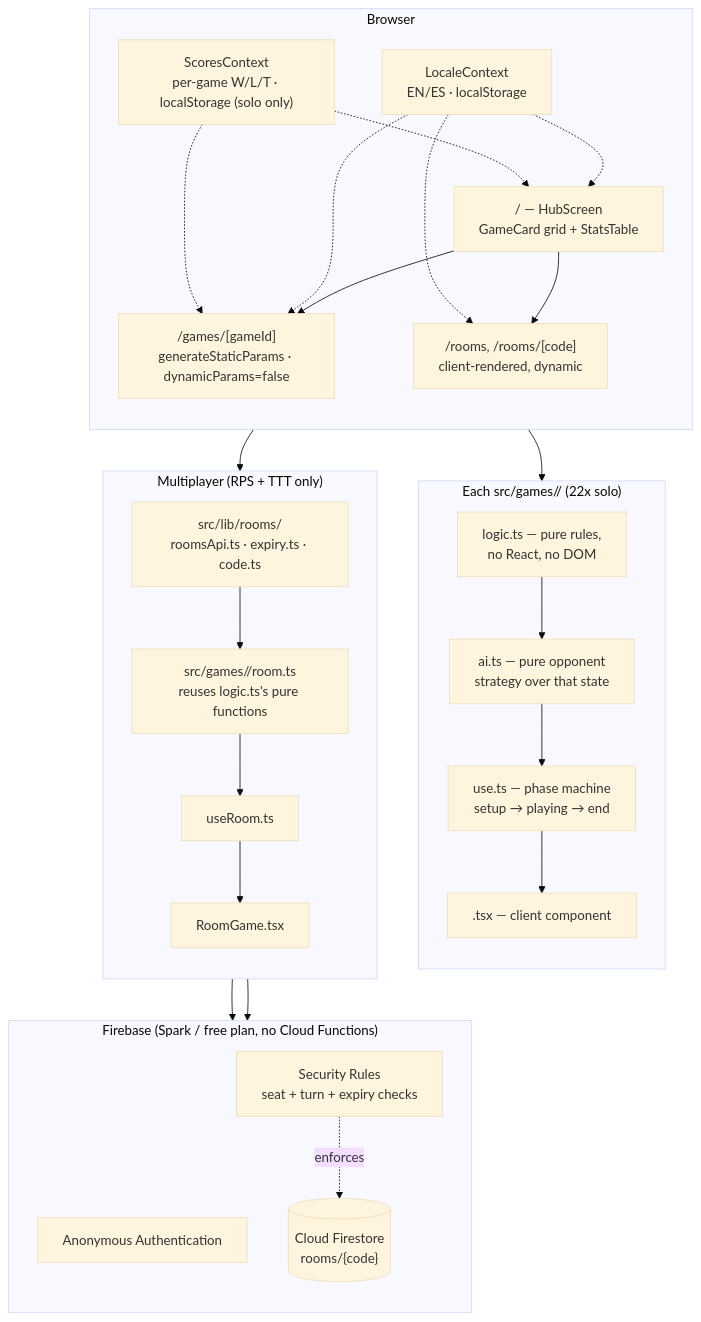
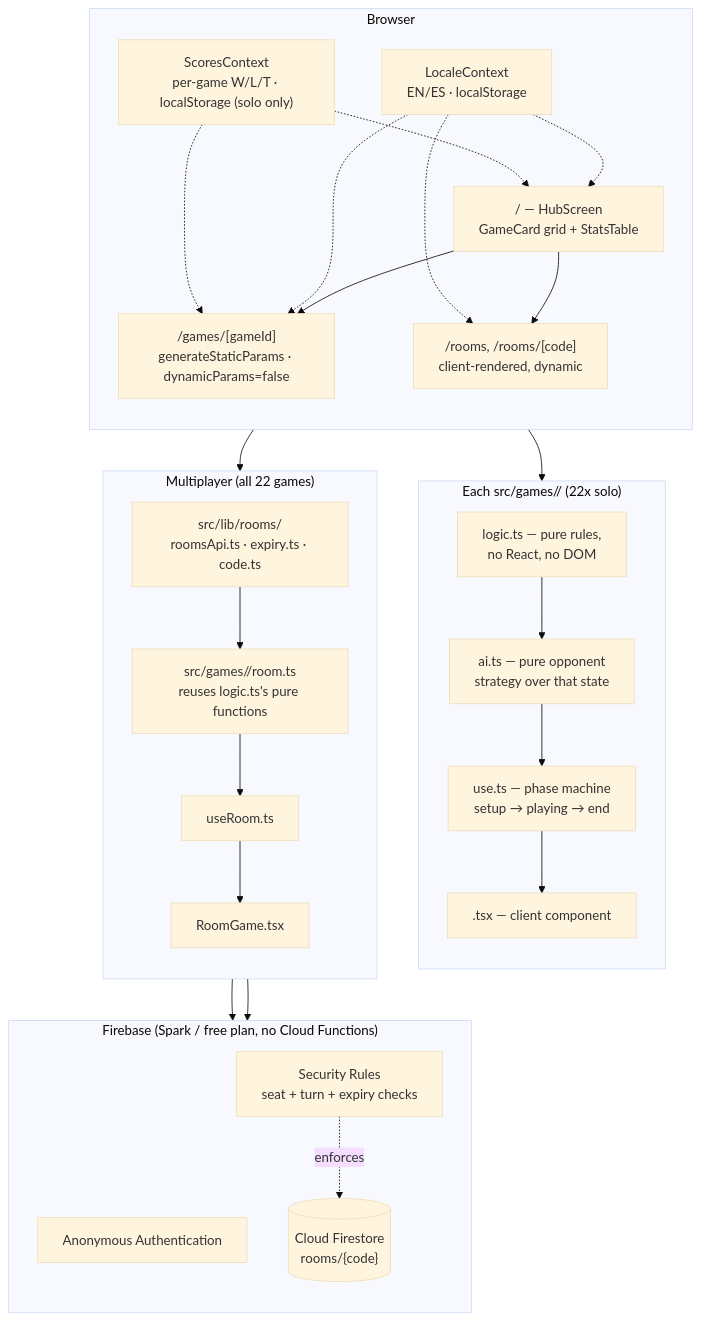
Before and after one commit to JoanOliver04/minigame-hub: the diagram in README.md, drawn with Mermaid (base theme). The commit also changed other lines of this file and 1 other file, not shown here.

Commit message:
docs: README + badges — all 22 games now multiplayer

````diff
--- a/README.md
+++ b/README.md
@@ -137,50 +147,50 @@
 ```mermaid
 flowchart TB
     subgraph Browser
         direction TB
         Hub["/  — HubScreen<br/>GameCard grid + StatsTable"]
         Game["/games/[gameId]<br/>generateStaticParams · dynamicParams=false"]
         Rooms["/rooms, /rooms/[code]<br/>client-rendered, dynamic"]
         LC["LocaleContext<br/>EN/ES · localStorage"]
         SC["ScoresContext<br/>per-game W/L/T · localStorage (solo only)"]
         Hub --> Game
         Hub --> Rooms
         LC -.-> Hub
         LC -.-> Game
         LC -.-> Rooms
         SC -.-> Hub
         SC -.-> Game
     end
 
     subgraph PerGame["Each src/games/<id>/ (22x solo)"]
         direction TB
         Logic["logic.ts — pure rules,<br/>no React, no DOM"]
         AI["ai.ts — pure opponent<br/>strategy over that state"]
         Hook["use<Name>.ts — phase machine<br/>setup → playing → end"]
         View["<Name>.tsx — client component"]
         Logic --> AI --> Hook --> View
     end
 
-    subgraph RoomLayer["Multiplayer (RPS + TTT only)"]
+    subgraph RoomLayer["Multiplayer (all 22 games)"]
         direction TB
         RoomLib["src/lib/rooms/<br/>roomsApi.ts · expiry.ts · code.ts"]
         RoomGame["src/games/<id>/room.ts<br/>reuses logic.ts's pure functions"]
         RoomHook["use<Name>Room.ts"]
         RoomView["<Name>RoomGame.tsx"]
         RoomLib --> RoomGame --> RoomHook --> RoomView
     end
 
     Game --> PerGame
     Rooms --> RoomLayer
 
     subgraph Firebase["Firebase (Spark / free plan, no Cloud Functions)"]
         direction TB
         Auth["Anonymous Authentication"]
         FS[("Cloud Firestore<br/>rooms/{code}")]
         Rules["Security Rules<br/>seat + turn + expiry checks"]
     end
 
     RoomLib --> Auth
     RoomLib --> FS
     Rules -.enforces.-> FS
 ```
````
